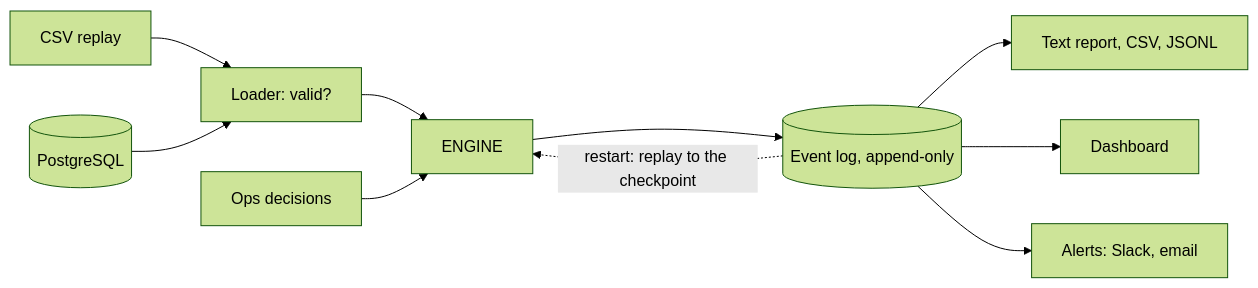
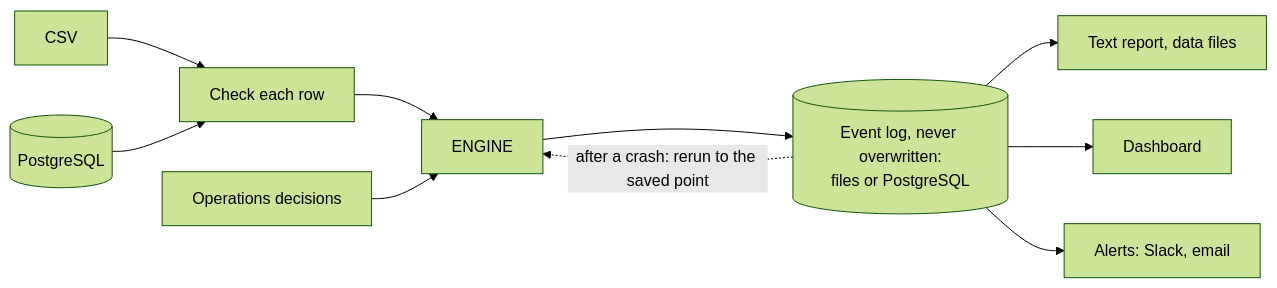
The first of 6 diagrams in DESIGN.md (gongyuchenggong/counterfoil), drawn with Mermaid (forest theme) before and after one commit. The commit also changed other lines of this file and 14 other files, not shown here.

````diff
--- a/DESIGN.md
+++ b/DESIGN.md
@@ -26,13 +17,13 @@
 ```mermaid
 flowchart LR
     accTitle: Engine design
-    csv["CSV replay"] --> loader["Loader: valid?"]
+    csv["CSV"] --> loader["Check each row"]
     pg[("PostgreSQL")] --> loader
     loader --> engine["ENGINE"]
-    ops["Ops decisions"] --> engine
-    engine --> log[("Event log, append-only")]
-    log --> reports["Text report, CSV, JSONL"]
+    ops["Operations decisions"] --> engine
+    engine --> log[("Event log, never overwritten:<br/>files or PostgreSQL")]
+    log --> reports["Text report, data files"]
     log --> dash["Dashboard"]
     log --> alerts["Alerts: Slack, email"]
-    log -. "restart: replay to the checkpoint" .-> engine
+    log -. "after a crash: rerun to the saved point" .-> engine
 ```
````
